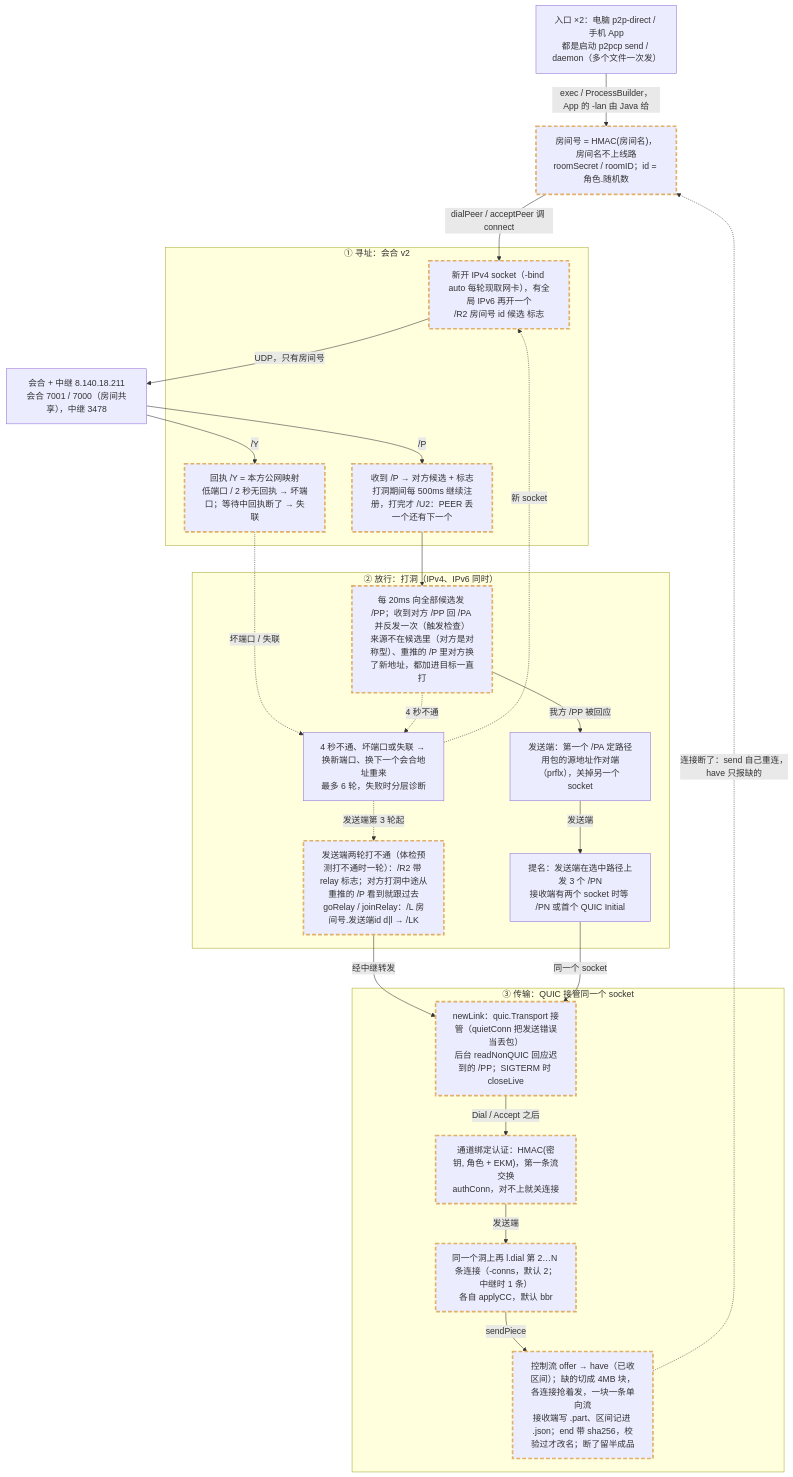
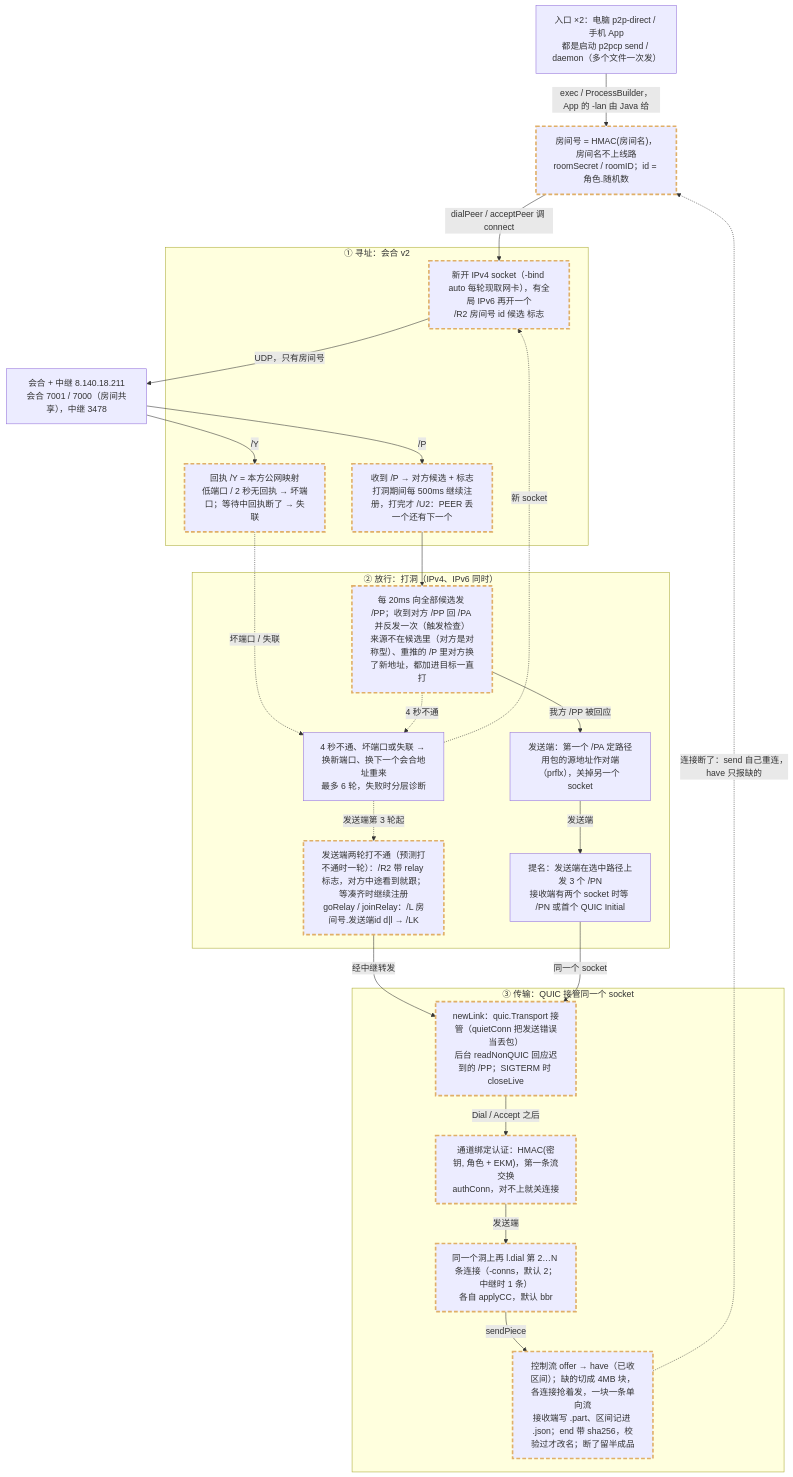
Before and after one commit to numb747/uu-remote-study: the diagram in docs/arch/24-flow-p2pcp.mmd, drawn with Mermaid. The commit also changed 3 other files, not shown here.

First line of the commit message:
架构设计：第 5 步落图（结果行、预测记录），DESIGN 记下决策 22~23

```diff
--- a/docs/arch/24-flow-p2pcp.mmd
+++ b/docs/arch/24-flow-p2pcp.mmd
@@ -1,60 +1,60 @@
 flowchart TD
   entry["入口 ×2：电脑 p2p-direct / 手机 App<br/>都是启动 p2pcp send / daemon（多个文件一次发）"]
   rid["房间号 = HMAC(房间名)，房间名不上线路<br/>roomSecret / roomID；id = 角色.随机数"]:::changed
   rdv["会合 + 中继 8.140.18.211<br/>会合 7001 / 7000（房间共享），中继 3478"]
 
   subgraph addr["① 寻址：会合 v2"]
     reg["新开 IPv4 socket（-bind auto 每轮现取网卡），有全局 IPv6 再开一个<br/>/R2 房间号 id 候选 标志"]:::changed
     you["回执 /Y = 本方公网映射<br/>低端口 / 2 秒无回执 → 坏端口；等待中回执断了 → 失联"]:::changed
     peer["收到 /P → 对方候选 + 标志<br/>打洞期间每 500ms 继续注册，打完才 /U2：PEER 丢一个还有下一个"]:::changed
   end
   subgraph pass["② 放行：打洞（IPv4、IPv6 同时）"]
     punch["每 20ms 向全部候选发 /PP；收到对方 /PP 回 /PA 并反发一次（触发检查）<br/>来源不在候选里（对方是对称型）、重推的 /P 里对方换了新地址，都加进目标一直打"]:::changed
     chosen["发送端：第一个 /PA 定路径<br/>用包的源地址作对端（prflx），关掉另一个 socket"]
     nom["提名：发送端在选中路径上发 3 个 /PN<br/>接收端有两个 socket 时等 /PN 或首个 QUIC Initial"]
     retry["4 秒不通、坏端口或失联 → 换新端口、换下一个会合地址重来<br/>最多 6 轮，失败时分层诊断"]
-    relay["发送端两轮打不通（体检预测打不通时一轮）：/R2 带 relay 标志；对方打洞中途从重推的 /P 看到就跟过去<br/>goRelay / joinRelay：/L 房间号.发送端id d|l → /LK"]:::changed
+    relay["发送端两轮打不通（预测打不通时一轮）：/R2 带 relay 标志，对方中途看到就跟；等凑齐时继续注册<br/>goRelay / joinRelay：/L 房间号.发送端id d|l → /LK"]:::changed
   end
   subgraph data["③ 传输：QUIC 接管同一个 socket"]
     quic["newLink：quic.Transport 接管（quietConn 把发送错误当丢包）<br/>后台 readNonQUIC 回应迟到的 /PP；SIGTERM 时 closeLive"]:::changed
     auth["通道绑定认证：HMAC(密钥, 角色 + EKM)，第一条流交换<br/>authConn，对不上就关连接"]:::changed
     conns["同一个洞上再 l.dial 第 2…N 条连接（-conns，默认 2；中继时 1 条）<br/>各自 applyCC，默认 bbr"]:::changed
     pieces["控制流 offer → have（已收区间）；缺的切成 4MB 块，各连接抢着发，一块一条单向流<br/>接收端写 .part、区间记进 .json；end 带 sha256，校验过才改名；断了留半成品"]:::changed
   end
 
   entry -->|"exec / ProcessBuilder，App 的 -lan 由 Java 给"| rid
   rid -->|"dialPeer / acceptPeer 调 connect"| reg
   reg -->|"UDP，只有房间号"| rdv
   rdv -->|"/Y"| you
   rdv -->|"/P"| peer
   you -.->|"坏端口 / 失联"| retry
   peer --> punch
   punch -->|"我方 /PP 被回应"| chosen
   chosen -->|"发送端"| nom
   punch -.->|"4 秒不通"| retry
   retry -.->|"新 socket"| reg
   retry -.->|"发送端第 3 轮起"| relay
   relay -->|"经中继转发"| quic
   nom -->|"同一个 socket"| quic
   quic -->|"Dial / Accept 之后"| auth
   auth -->|"发送端"| conns
   conns -->|"sendPiece"| pieces
   pieces -.->|"连接断了：send 自己重连，have 只报缺的"| rid
 
 %% @src entry apps/pc/p2p-direct case ${1:-} in
 %% @src rid lab/p2pcp/auth.go func roomID(
 %% @src rdv lab/punch/main.go func runServer
 %% @src reg lab/p2pcp/rdv.go return []byte(fmt.Sprintf("/R2
 %% @src you lab/p2pcp/rdv.go f[0] == "/Y"
 %% @src peer lab/p2pcp/rdv.go // 打洞期间继续每 500ms 注册一次
 %% @src punch lab/p2pcp/rdv.go via.WriteToUDP(pktPunch, a)
 %% @src chosen lab/p2pcp/rdv.go choose := func(c *net.UDPConn
 %% @src nom lab/p2pcp/rdv.go chosenOn.WriteToUDP(pktNom, chosen)
 %% @src retry lab/p2pcp/rdv.go const attempts = 6
 %% @src relay lab/p2pcp/rdv.go func joinRelay(
 %% @src quic lab/p2pcp/link.go func newLink(
 %% @src auth lab/p2pcp/auth.go func authConn(
 %% @src conns lab/p2pcp/transfer.go c, err := l.dial()
 %% @src pieces lab/p2pcp/transfer.go func recvFile(
 %% @link entry 31-p2p-direct.mmd
 classDef changed stroke:#e0af68,stroke-width:3px,stroke-dasharray:7 4
```
